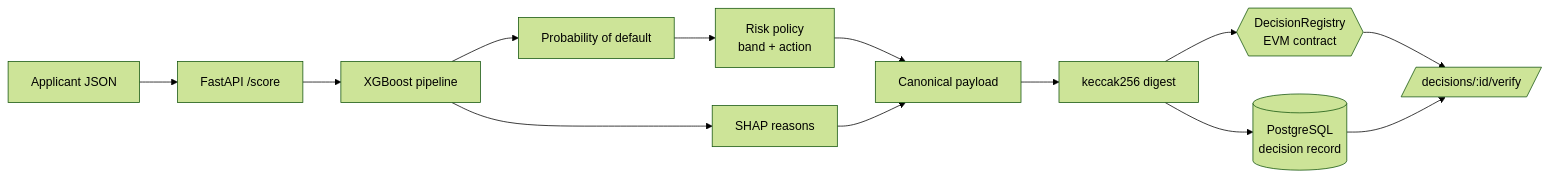
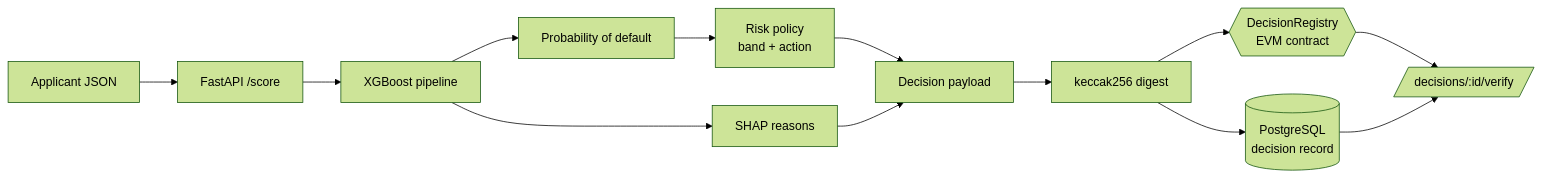
One commit to Angelsoul35/credittrace changed the diagram in README.md. Above: the diagram before and after it, drawn with Mermaid (forest theme). The commit also changed other lines of this file and 4 other files, not shown here.

````diff
--- a/README.md
+++ b/README.md
@@ -41,15 +39,15 @@
 ```mermaid
 flowchart LR
     A[Applicant JSON] --> B[FastAPI /score]
     B --> C[XGBoost pipeline]
     C --> D[Probability of default]
     C --> E[SHAP reasons]
     D --> F[Risk policy<br/>band + action]
-    F --> G[Canonical payload]
+    F --> G[Decision payload]
     E --> G
     G --> H[keccak256 digest]
     H --> I[(PostgreSQL<br/>decision record)]
     H --> J{{DecisionRegistry<br/>EVM contract}}
     J --> K[/decisions/:id/verify/]
     I --> K
 ```
````
